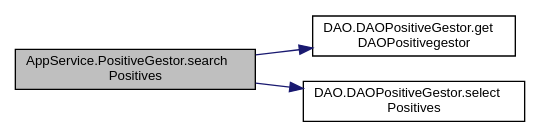
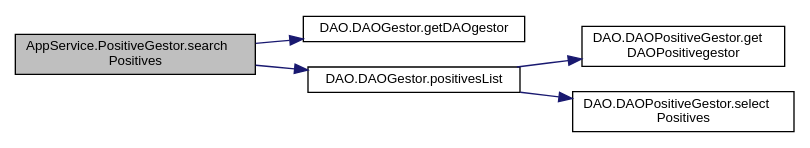
Before and after one commit to enekoatxa/RadarCovid: the diagram in docs/class_app_service_1_1_positive_gestor_a2c980437a77527176c1b6116f0399ded_cgraph.dot, drawn with Graphviz. The commit also changed 160 other files, not shown here.

```diff
--- a/docs/class_app_service_1_1_positive_gestor_a2c980437a77527176c1b6116f0399ded_cgraph.dot
+++ b/docs/class_app_service_1_1_positive_gestor_a2c980437a77527176c1b6116f0399ded_cgraph.dot
@@ -1,12 +1,16 @@
 digraph "AppService.PositiveGestor.searchPositives"
 {
  // LATEX_PDF_SIZE
   edge [fontname="Helvetica",fontsize="10",labelfontname="Helvetica",labelfontsize="10"];
   node [fontname="Helvetica",fontsize="10",shape=record];
   rankdir="LR";
   Node1 [label="AppService.PositiveGestor.search\lPositives",height=0.2,width=0.4,color="black", fillcolor="grey75", style="filled", fontcolor="black",tooltip=" "];
   Node1 -> Node2 [color="midnightblue",fontsize="10",style="solid",fontname="Helvetica"];
-  Node2 [label="DAO.DAOPositiveGestor.get\lDAOPositivegestor",height=0.2,width=0.4,color="black", fillcolor="white", style="filled",URL="$class_d_a_o_1_1_d_a_o_positive_gestor.html#ab608a184e07cc7ce42feb0bf50645345",tooltip=" "];
+  Node2 [label="DAO.DAOGestor.getDAOgestor",height=0.2,width=0.4,color="black", fillcolor="white", style="filled",URL="$class_d_a_o_1_1_d_a_o_gestor.html#a743ecb55529d951593438e513a023921",tooltip=" "];
   Node1 -> Node3 [color="midnightblue",fontsize="10",style="solid",fontname="Helvetica"];
-  Node3 [label="DAO.DAOPositiveGestor.select\lPositives",height=0.2,width=0.4,color="black", fillcolor="white", style="filled",URL="$class_d_a_o_1_1_d_a_o_positive_gestor.html#a6b0a466a9c07c21859cfb8724117a1b6",tooltip=" "];
+  Node3 [label="DAO.DAOGestor.positivesList",height=0.2,width=0.4,color="black", fillcolor="white", style="filled",URL="$class_d_a_o_1_1_d_a_o_gestor.html#a578427e12867c22150174f7a5b5c02c3",tooltip=" "];
+  Node3 -> Node4 [color="midnightblue",fontsize="10",style="solid",fontname="Helvetica"];
+  Node4 [label="DAO.DAOPositiveGestor.get\lDAOPositivegestor",height=0.2,width=0.4,color="black", fillcolor="white", style="filled",URL="$class_d_a_o_1_1_d_a_o_positive_gestor.html#ab608a184e07cc7ce42feb0bf50645345",tooltip=" "];
+  Node3 -> Node5 [color="midnightblue",fontsize="10",style="solid",fontname="Helvetica"];
+  Node5 [label="DAO.DAOPositiveGestor.select\lPositives",height=0.2,width=0.4,color="black", fillcolor="white", style="filled",URL="$class_d_a_o_1_1_d_a_o_positive_gestor.html#a6b0a466a9c07c21859cfb8724117a1b6",tooltip=" "];
 }
```
